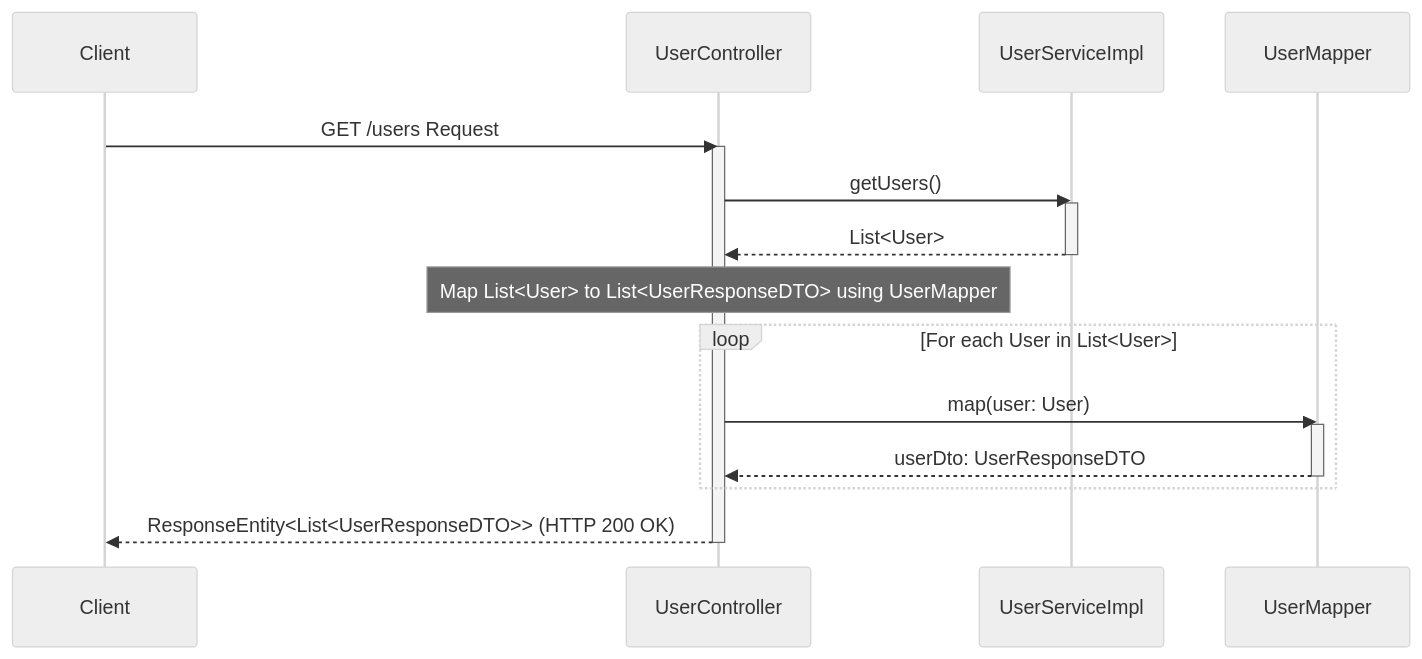
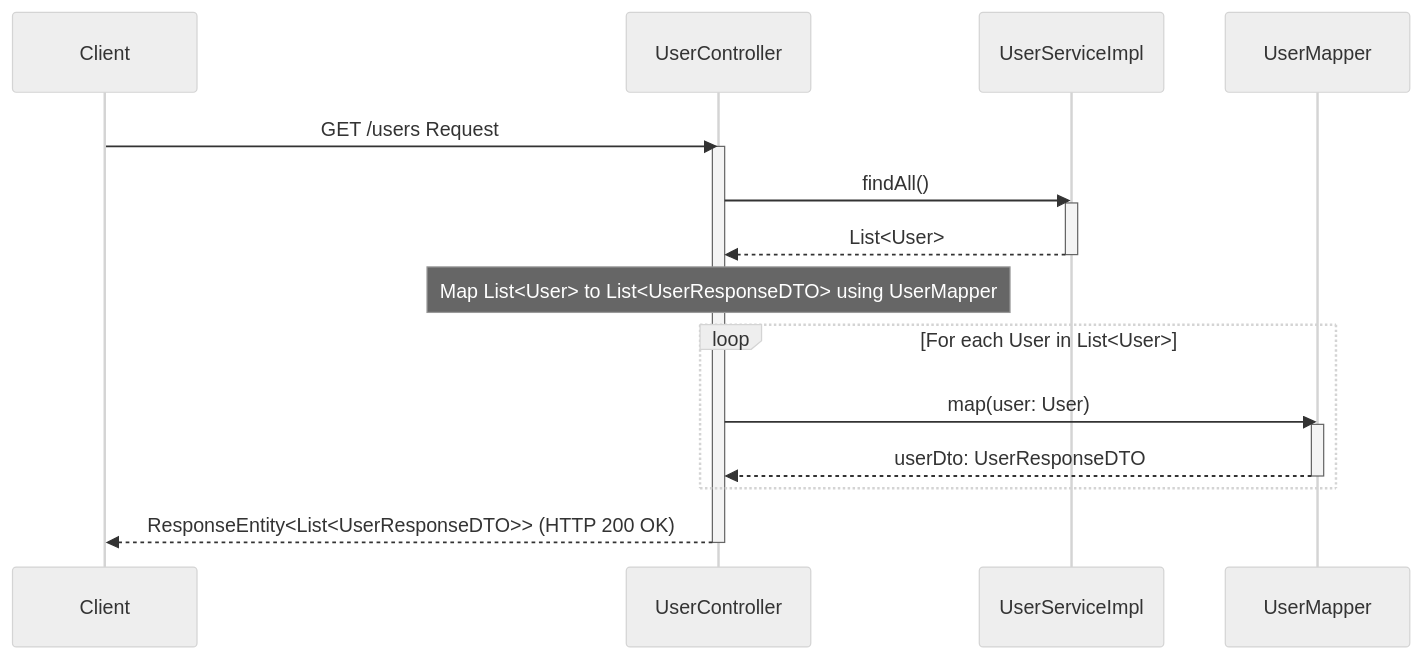
The diagram in docs/lets-create-a-spring-boot-project/creating-your-first-endpoint.md (franBec/springboot-docs), drawn with Mermaid (neutral theme) before and after one commit. The commit also changed other lines of this file and 1 other file, not shown here.

First line of the commit message:
Update method name from `getUsers` to `findAll` across docs

````diff
--- a/docs/lets-create-a-spring-boot-project/creating-your-first-endpoint.md
+++ b/docs/lets-create-a-spring-boot-project/creating-your-first-endpoint.md
@@ -262,28 +262,28 @@
 ```mermaid
 sequenceDiagram
   participant Client
   participant UserController
   participant UserServiceImpl
   participant UserMapper
 
 Client->>UserController: GET /users Request
 activate UserController
 
-UserController->>UserServiceImpl: getUsers()
+UserController->>UserServiceImpl: findAll()
 activate UserServiceImpl
 
 UserServiceImpl-->>UserController: List<User>
 deactivate UserServiceImpl
 
 Note over UserController: Map List<User> to List<UserResponseDTO> using UserMapper
 
 loop For each User in List<User>
 UserController->>UserMapper: map(user: User)
 activate UserMapper
 UserMapper-->>UserController: userDto: UserResponseDTO
 deactivate UserMapper
 end
 
 UserController-->>Client: ResponseEntity<List<UserResponseDTO>> (HTTP 200 OK)
 deactivate UserController
 ```
````
